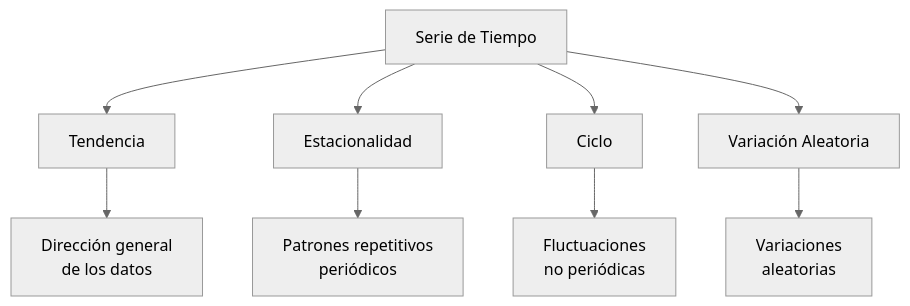
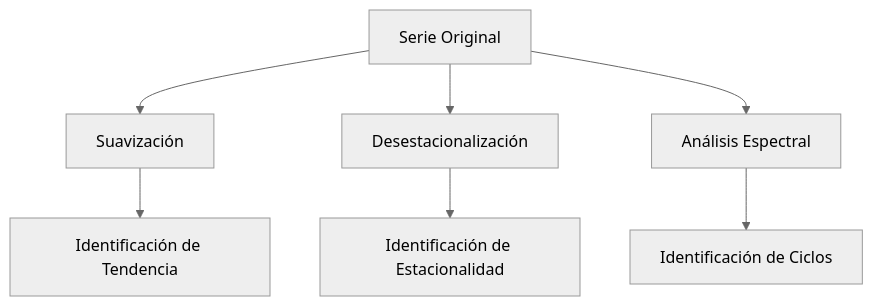
The third of 4 diagrams in public/content/clases/05-resumen-pronosticos-2025.04.01.md (FCamaggi/gop-wiki), drawn with Mermaid (neutral theme) before and after one commit. The commit also changed other lines of this file and 36 other files, not shown here.

````diff
--- a/public/content/clases/05-resumen-pronosticos-2025.04.01.md
+++ b/public/content/clases/05-resumen-pronosticos-2025.04.01.md
@@ -28,11 +72,9 @@
 ```mermaid
 graph TD
-    A[Serie de Tiempo] --> B[Tendencia]
-    A --> C[Estacionalidad]
-    A --> D[Ciclo]
-    A --> E[Variación Aleatoria]
-    B --> F[Dirección general<br/>de los datos]
-    C --> G[Patrones repetitivos<br/>periódicos]
-    D --> H[Fluctuaciones<br/>no periódicas]
-    E --> I[Variaciones<br/>aleatorias]
+    A[Serie Original] --> B[Suavización]
+    B --> C[Identificación de Tendencia]
+    A --> D[Desestacionalización]
+    D --> E[Identificación de Estacionalidad]
+    A --> F[Análisis Espectral]
+    F --> G[Identificación de Ciclos]
 ```
````
